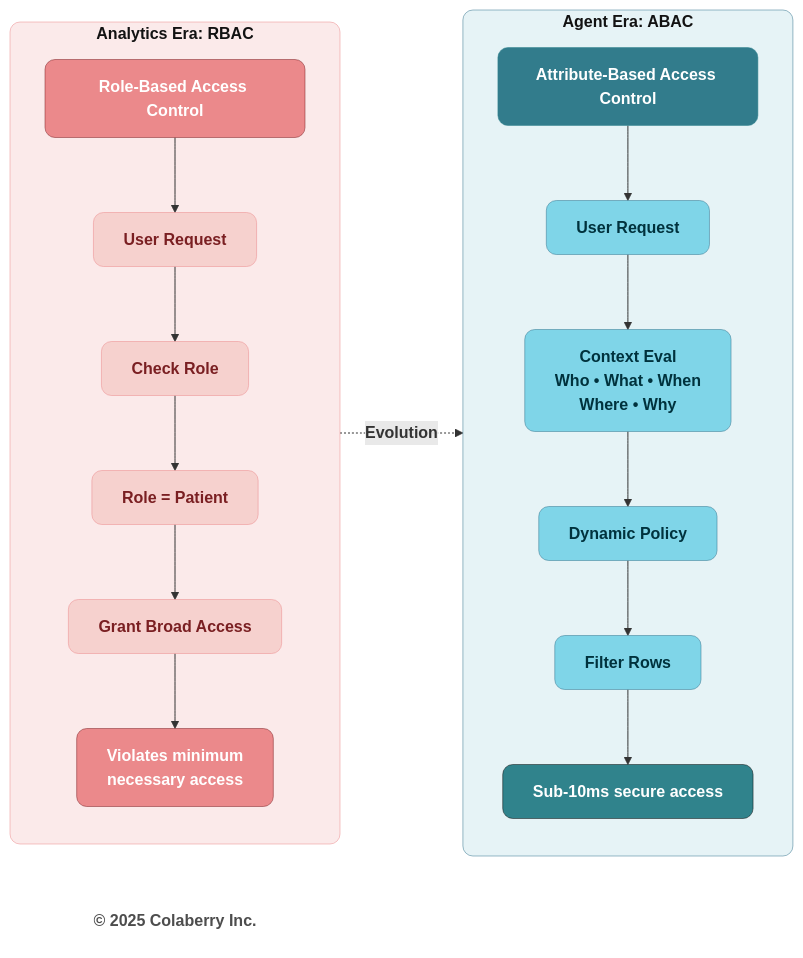
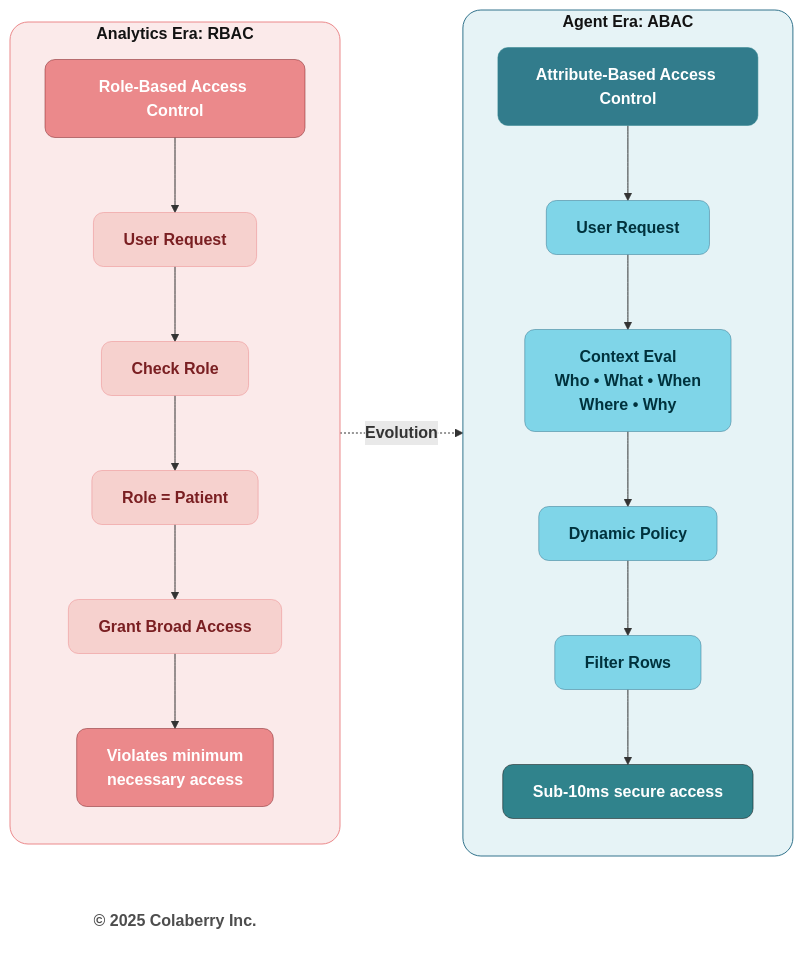
Before and after one commit to saitejesh-cyber/trust-before-intelligence-book: the fifth of 14 diagrams in manuscript/08_chapter_7_goals_framework.md, drawn with Mermaid. The commit also changed other lines of this file and 12 other files, not shown here.

````diff
--- a/manuscript/08_chapter_7_goals_framework.md
+++ b/manuscript/08_chapter_7_goals_framework.md
@@ -457,54 +457,54 @@
 ```mermaid
 graph LR
     subgraph OLD["<b>Analytics Era: RBAC</b>"]
         TITLE1["<b>Role-Based Access Control</b>"]
         R1["<b>User Request</b>"]
         R2["<b>Check Role</b>"]
         R3["<b>Role = Patient</b>"]
         R4["<b>Grant Broad Access</b>"]
         R5["<b>Violates minimum <br/>necessary access</b>"]
         
         TITLE1 --> R1
         R1 --> R2
         R2 --> R3
         R3 --> R4
         R4 --> R5
     end
     
     OLD -.->|<b>Evolution</b>| NEW
     
     subgraph NEW["<b>Agent Era: ABAC</b>"]
         TITLE2["<b>Attribute-Based Access Control</b>"]
         A1["<b>User Request</b>"]
         A2["<b>Context Eval</b><br/><b>Who • What • When <br/> Where • Why</b>"]
         A3["<b>Dynamic Policy</b>"]
         A4["<b>Filter Rows</b>"]
         A5["<b>Sub-10ms secure access</b>"]
         
         TITLE2 --> A1
         A1 --> A2
         A2 --> A3
         A3 --> A4
         A4 --> A5
     end
     
     style TITLE1 fill:#EB898B,color:#ffffff,stroke:#7A1F22,stroke-width:0.5px,rx:10,ry:10
     style R1 fill:#F6D1CE,stroke:#EB898B,stroke-width:0.5px,color:#7A1F22,rx:10,ry:10
     style R2 fill:#F6D1CE,stroke:#EB898B,stroke-width:0.5px,color:#7A1F22,rx:10,ry:10
     style R3 fill:#F6D1CE,stroke:#EB898B,stroke-width:0.5px,color:#7A1F22,rx:10,ry:10
     style R4 fill:#F6D1CE,stroke:#EB898B,stroke-width:0.5px,color:#7A1F22,rx:10,ry:10
     style R5 fill:#EB898B,color:#ffffff,stroke:#7A1F22,stroke-width:0.5px,rx:10,ry:10
     
     style TITLE2 fill:#327C8C,stroke:#30838C,stroke-width:0.5px,color:#ffffff,rx:10,ry:10
     style A1 fill:#7FD5E8,stroke:#32738C,stroke-width:0.5px,color:#00323D,rx:10,ry:10
     style A2 fill:#7FD5E8,stroke:#32738C,stroke-width:0.5px,color:#00323D,rx:10,ry:10
     style A3 fill:#7FD5E8,stroke:#32738C,stroke-width:0.5px,color:#00323D,rx:10,ry:10
     style A4 fill:#7FD5E8,stroke:#32738C,stroke-width:0.5px,color:#00323D,rx:10,ry:10
     style A5 fill:#30838C,color:#ffffff,stroke:#0D0D0D,stroke-width:0.5px,rx:10,ry:10
 
-    style OLD fill:#FBEAEA,stroke:#EB898B,stroke-width:0.5px,color:#121212,rx:10,ry:10
-    style NEW fill:#E6F3F6,stroke:#32738C,stroke-width:0.5px,color:#121212,rx:10,ry:10
+    style OLD fill:#FBEAEA,stroke:#EB898B,stroke-width:1px,color:#121212,rx:18,ry:18
+    style NEW fill:#E6F3F6,stroke:#32738C,stroke-width:1px,color:#121212,rx:18,ry:18
     
     Copyright["<b>© 2025 Colaberry Inc.</b>"]
     style Copyright fill:none,stroke:none,color:#4d4d4d
 ```
````
